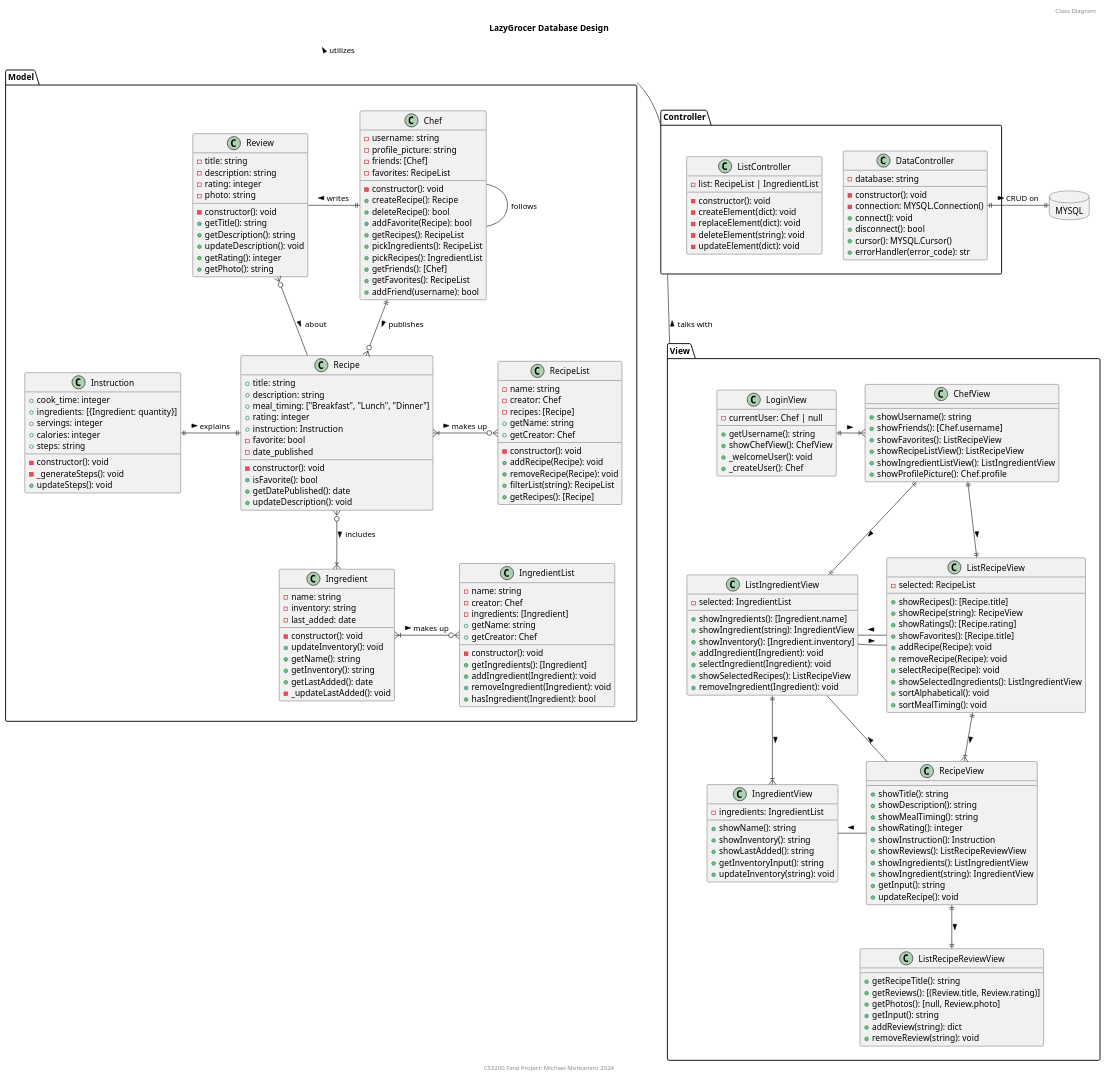
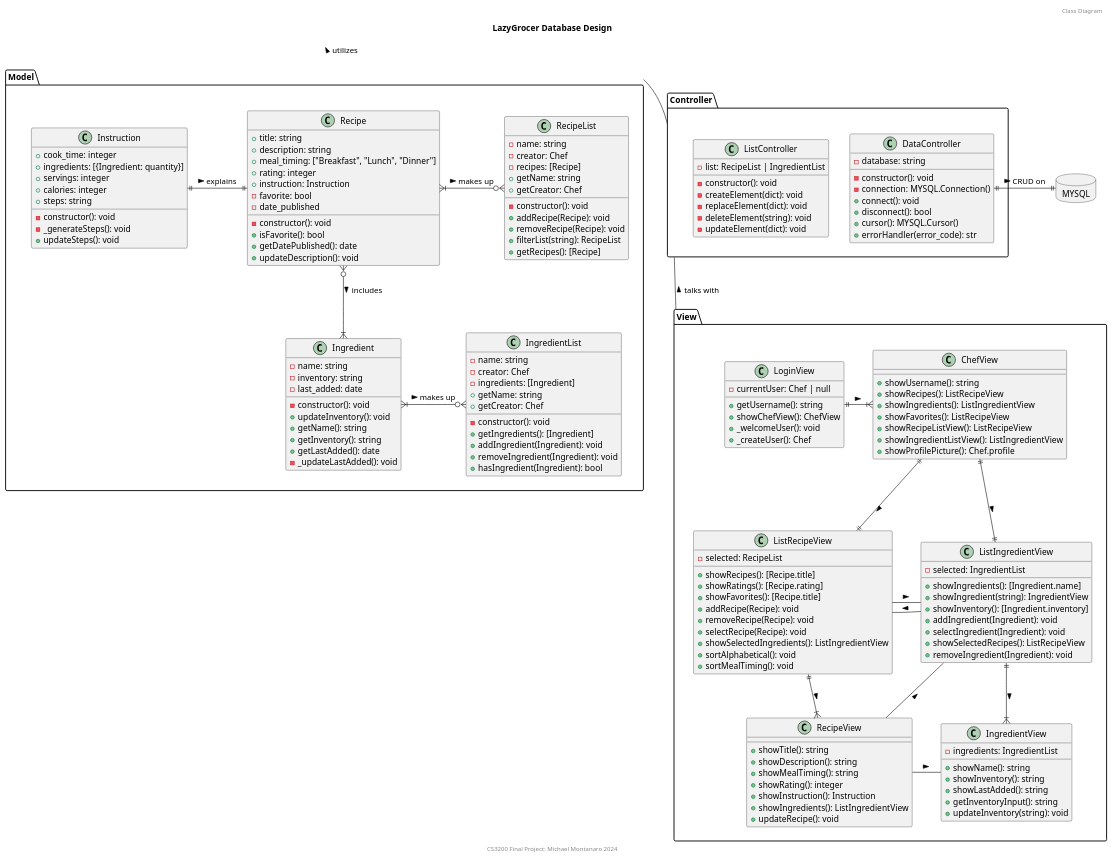
The diagram in docs/plantuml/class.wsd (montymi/LazyGrocer), drawn with PlantUML before and after one commit. The commit also changed 2 other files, not shown here.

```diff
--- a/docs/plantuml/class.wsd
+++ b/docs/plantuml/class.wsd
@@ -30,23 +30,6 @@
         +updateSteps(): void
     }
 
-    class Chef {
-        -constructor(): void
-        -username: string
-        -profile_picture: string
-        -friends: [Chef]
-        -favorites: RecipeList
-        +createRecipe(): Recipe
-        +deleteRecipe(): bool
-        +addFavorite(Recipe): bool
-        +getRecipes(): RecipeList
-        +pickIngredients(): RecipeList
-        +pickRecipes(): IngredientList
-        +getFriends(): [Chef]
-        +getFavorites(): RecipeList
-        +addFriend(username): bool
-    }
-
     class Ingredient {
         -constructor(): void
         -name: string 
@@ -57,19 +40,6 @@
         +getInventory(): string 
         +getLastAdded(): date
         -_updateLastAdded(): void
-    }
-
-    class Review {
-        -constructor(): void
-        -title: string 
-        -description: string 
-        -rating: integer 
-        -photo: string
-        +getTitle(): string 
-        +getDescription(): string 
-        +updateDescription(): void 
-        +getRating(): integer 
-        +getPhoto(): string
     }
 
     class RecipeList {
@@ -106,20 +76,20 @@
         +showMealTiming(): string 
         +showRating(): integer 
         +showInstruction(): Instruction
-        +showReviews(): ListRecipeReviewView
         +showIngredients(): ListIngredientView 
-        +showIngredient(string): IngredientView
-        +getInput(): string 
         +updateRecipe(): void
     }
+
     class ChefView {
         +showUsername(): string
-        +showFriends(): [Chef.username]
+        +showRecipes(): ListRecipeView
+        +showIngredients(): ListIngredientView
         +showFavorites(): ListRecipeView
         +showRecipeListView(): ListRecipeView
         +showIngredientListView(): ListIngredientView
         +showProfilePicture(): Chef.profile
     }
+
     class IngredientView {
         -ingredients: IngredientList
         +showName(): string 
@@ -128,10 +98,10 @@
         +getInventoryInput(): string
         +updateInventory(string): void
     }
+
     class ListRecipeView {
         -selected: RecipeList
         +showRecipes(): [Recipe.title]
-        +showRecipe(string): RecipeView
         +showRatings(): [Recipe.rating]
         +showFavorites(): [Recipe.title]
         +addRecipe(Recipe): void 
@@ -141,6 +111,7 @@
         +sortAlphabetical(): void 
         +sortMealTiming(): void
     }
+
     class ListIngredientView {
         -selected: IngredientList
         +showIngredients(): [Ingredient.name]
@@ -150,14 +121,6 @@
         +selectIngredient(Ingredient): void
         +showSelectedRecipes(): ListRecipeView
         +removeIngredient(Ingredient): void
-    }
-    class ListRecipeReviewView {
-        +getRecipeTitle(): string 
-        +getReviews(): [(Review.title, Review.rating)]
-        +getPhotos(): [null, Review.photo]
-        +getInput(): string 
-        +addReview(string): dict
-        +removeReview(string): void
     }
 
     class LoginView {
@@ -202,10 +165,6 @@
 
 ' INTRA-MODEL
 Recipe }o--|{ Ingredient: includes >
-Chef ||--o{ Recipe: publishes >
-Chef - Chef: follows
-Review -|| Chef: writes <
-Review }o- Recipe: about >
 Instruction ||-|| Recipe: explains >
 Recipe }|-o{ RecipeList: makes up >
 Ingredient }|-o{ IngredientList: makes up >
@@ -218,7 +177,6 @@
 IngredientView - RecipeView: <
 ListIngredientView - RecipeView: <
 ListRecipeView ||--|{ RecipeView: >
-RecipeView ||--|| ListRecipeReviewView: >
 ListRecipeView - ListIngredientView: >
 ListIngredientView - ListRecipeView: >
 @enduml
```
